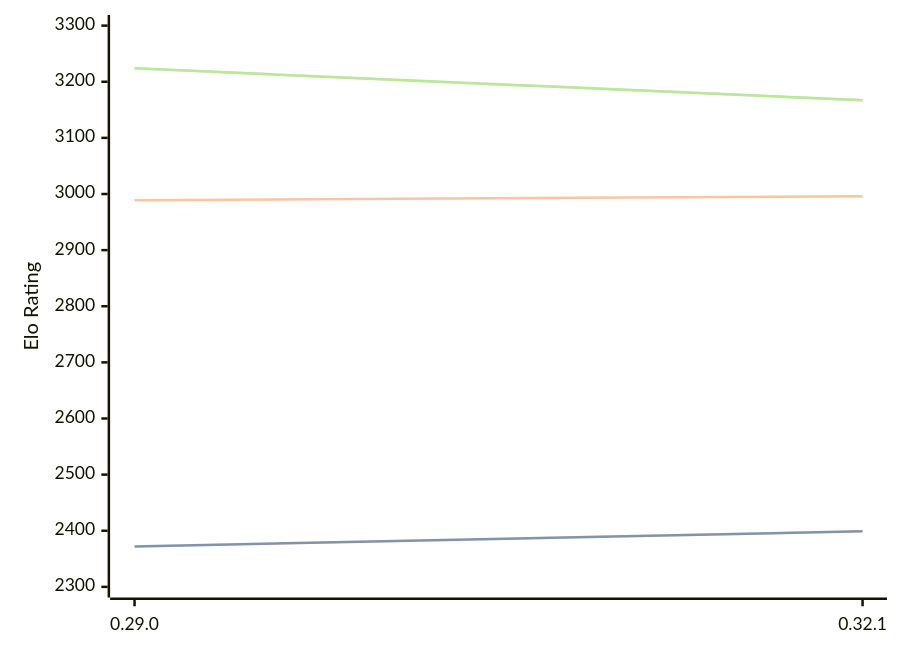
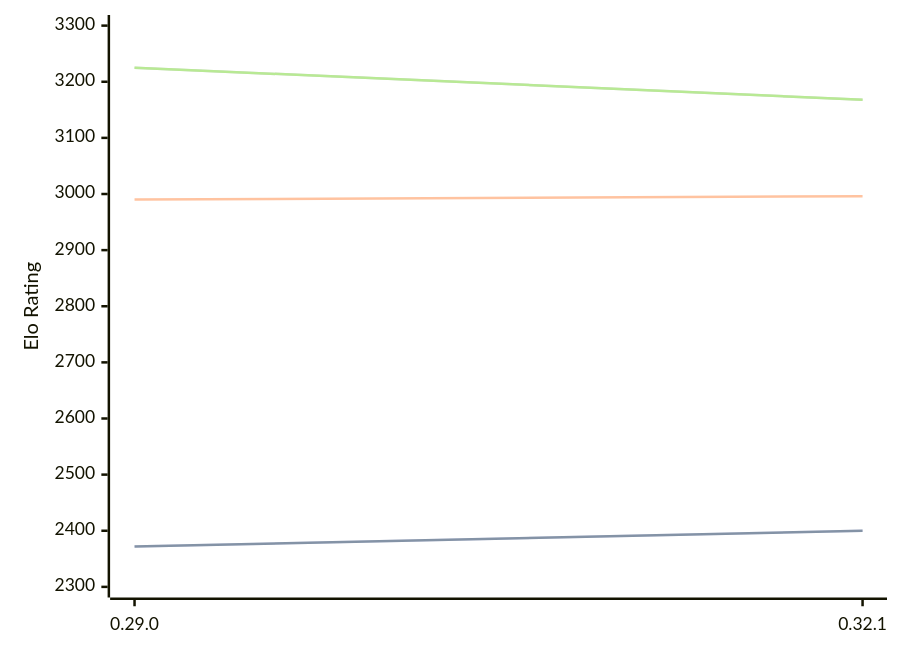
The diagram in engines/Lc0.md (computer-chess-index/cci), drawn with Mermaid before and after one commit. The commit also changed other lines of this file, not shown here.

Commit message:
Update CCI Ratings (ELO VLTC) - 2026-08-21

````diff
--- a/engines/Lc0.md
+++ b/engines/Lc0.md
@@ -32,11 +32,11 @@
 ```mermaid
 %%{init: {"theme":"base","themeVariables":{"seriesColors:['#a3a3a3','#222221','#faa371']}}}%%
 xychart-beta
   x-axis ["0.29.0", "0.32.1"]
   y-axis "Elo Rating" 2300 --> 3300
-  line "STC (8.0+0.08s)" [2372, 2399]
-  line "STC (8.0+0.08s)" [2372, 2399]
-  line "LTC (60.0+0.60s)" [2989, 2996]
-  line "VLTC (2m24s+1.12s)" [3224, 3167]
-  line "VLTC (2m24s+1.12s)" [3224, 3167]
+  line "STC (8.0+0.08s)" [2372, 2400]
+  line "STC (8.0+0.08s)" [2372, 2400]
+  line "LTC (60.0+0.60s)" [2990, 2996]
+  line "VLTC (2m24s+1.12s)" [3225, 3168]
+  line "VLTC (2m24s+1.12s)" [3225, 3168]
 ```
````
